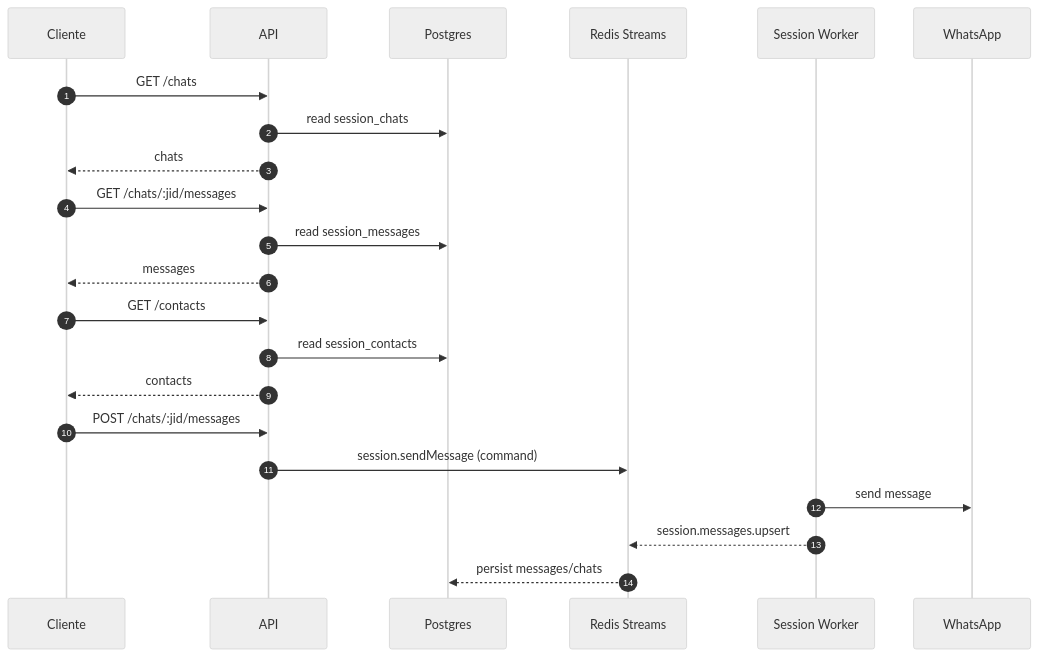
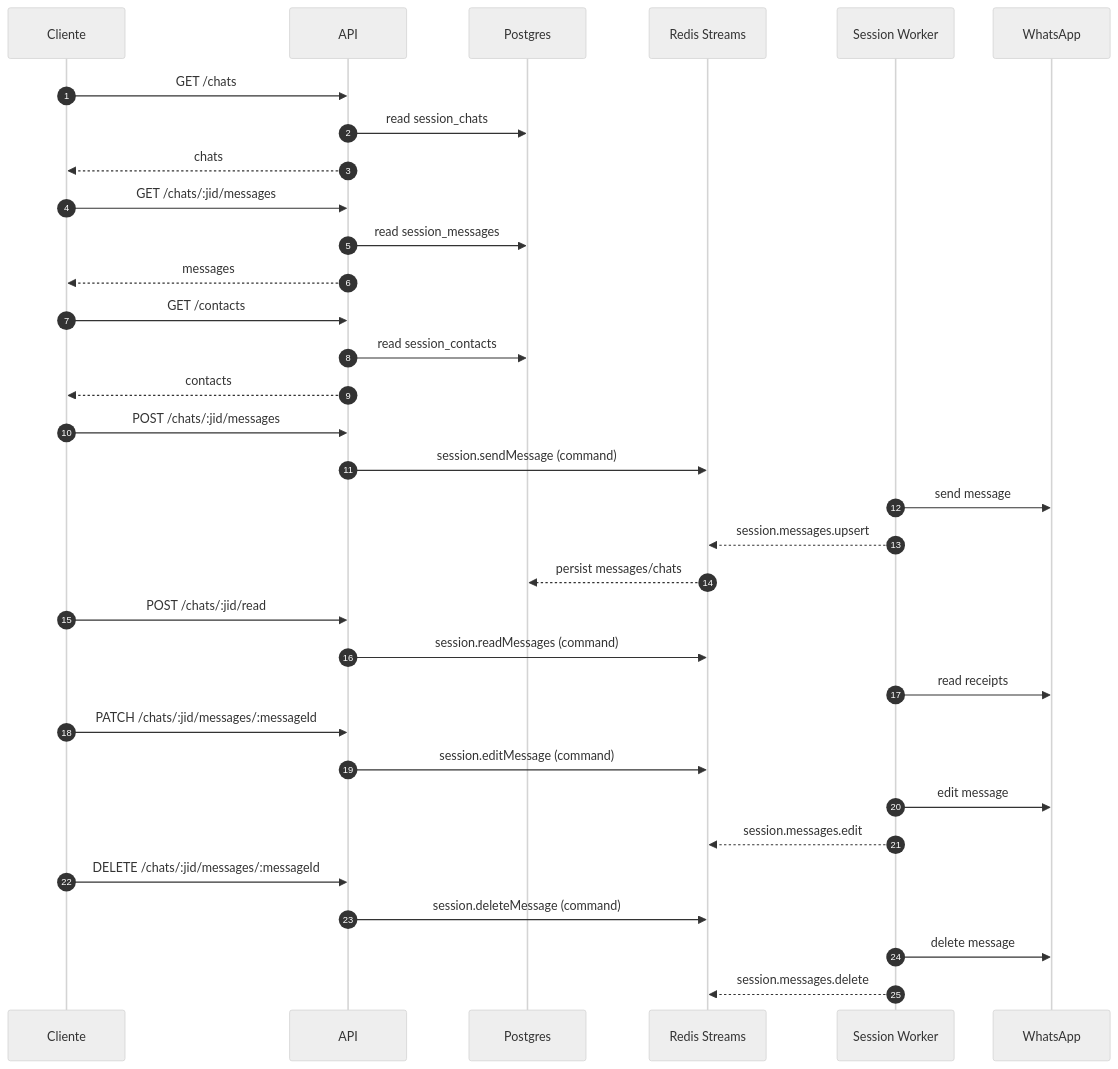
Before and after one commit to werpoz/anna: the fifth of 5 diagrams in docs/flow.md, drawn with Mermaid (neutral theme). The commit also changed other lines of this file and 35 other files, not shown here.

First line of the commit message:
feat: add message editing and deletion functionality to session service

````diff
--- a/docs/flow.md
+++ b/docs/flow.md
@@ -175,28 +458,42 @@
 ```mermaid
 sequenceDiagram
   autonumber
   participant Client as Cliente
   participant API as API
   participant DB as Postgres
   participant Redis as Redis Streams
   participant Worker as Session Worker
   participant WA as WhatsApp
 
   Client->>API: GET /chats
   API->>DB: read session_chats
   API-->>Client: chats
 
   Client->>API: GET /chats/:jid/messages
   API->>DB: read session_messages
   API-->>Client: messages
 
   Client->>API: GET /contacts
   API->>DB: read session_contacts
   API-->>Client: contacts
 
   Client->>API: POST /chats/:jid/messages
   API->>Redis: session.sendMessage (command)
   Worker->>WA: send message
   Worker-->>Redis: session.messages.upsert
   Redis-->>DB: persist messages/chats
+
+  Client->>API: POST /chats/:jid/read
+  API->>Redis: session.readMessages (command)
+  Worker->>WA: read receipts
+
+  Client->>API: PATCH /chats/:jid/messages/:messageId
+  API->>Redis: session.editMessage (command)
+  Worker->>WA: edit message
+  Worker-->>Redis: session.messages.edit
+
+  Client->>API: DELETE /chats/:jid/messages/:messageId
+  API->>Redis: session.deleteMessage (command)
+  Worker->>WA: delete message
+  Worker-->>Redis: session.messages.delete
 ```
````
